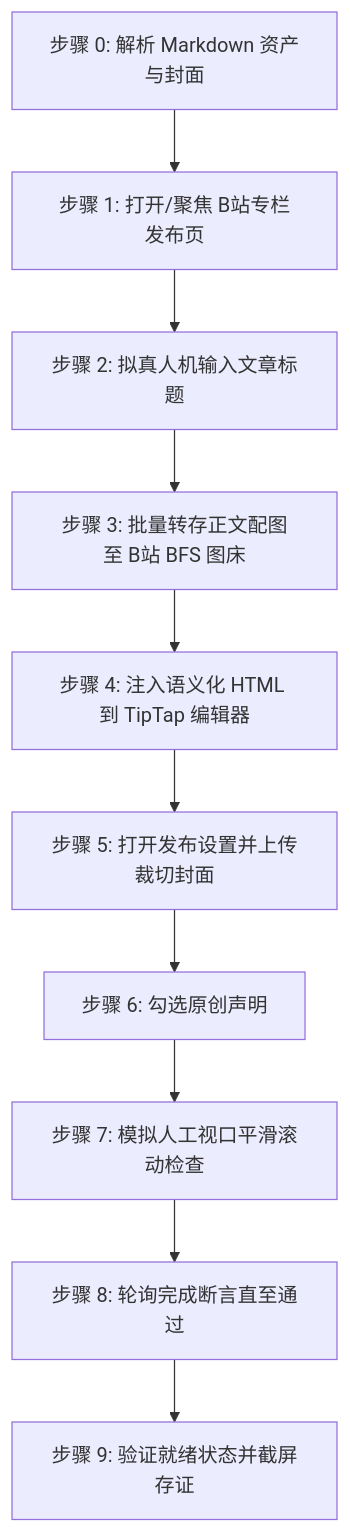
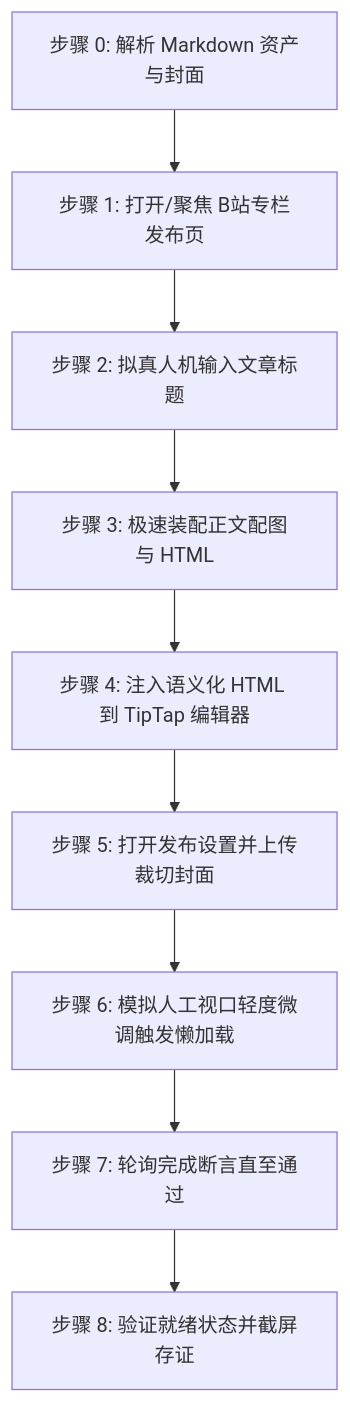
One commit to undsky/doudou-publish-skills changed the first of 2 diagrams in skills/doudou-bilibili/SKILL.md. Above: the diagram before and after it, drawn with Mermaid. The commit also changed other lines of this file and 46 other files, not shown here.

````diff
--- a/skills/doudou-bilibili/SKILL.md
+++ b/skills/doudou-bilibili/SKILL.md
@@ -228,12 +228,11 @@
 ```mermaid
 flowchart TD
     S0[步骤 0: 解析 Markdown 资产与封面] --> S1[步骤 1: 打开/聚焦 B站专栏发布页]
     S1 --> S2[步骤 2: 拟真人机输入文章标题]
-    S2 --> S3[步骤 3: 批量转存正文配图至 B站 BFS 图床]
+    S2 --> S3[步骤 3: 极速装配正文配图与 HTML]
     S3 --> S4[步骤 4: 注入语义化 HTML 到 TipTap 编辑器]
     S4 --> S5[步骤 5: 打开发布设置并上传裁切封面]
-    S5 --> S6[步骤 6: 勾选原创声明]
-    S6 --> S7[步骤 7: 模拟人工视口平滑滚动检查]
-    S7 --> S8[步骤 8: 轮询完成断言直至通过]
-    S8 --> S9[步骤 9: 验证就绪状态并截屏存证]
+    S5 --> S6[步骤 6: 模拟人工视口轻度微调触发懒加载]
+    S6 --> S7[步骤 7: 轮询完成断言直至通过]
+    S7 --> S8[步骤 8: 验证就绪状态并截屏存证]
 ```
````
